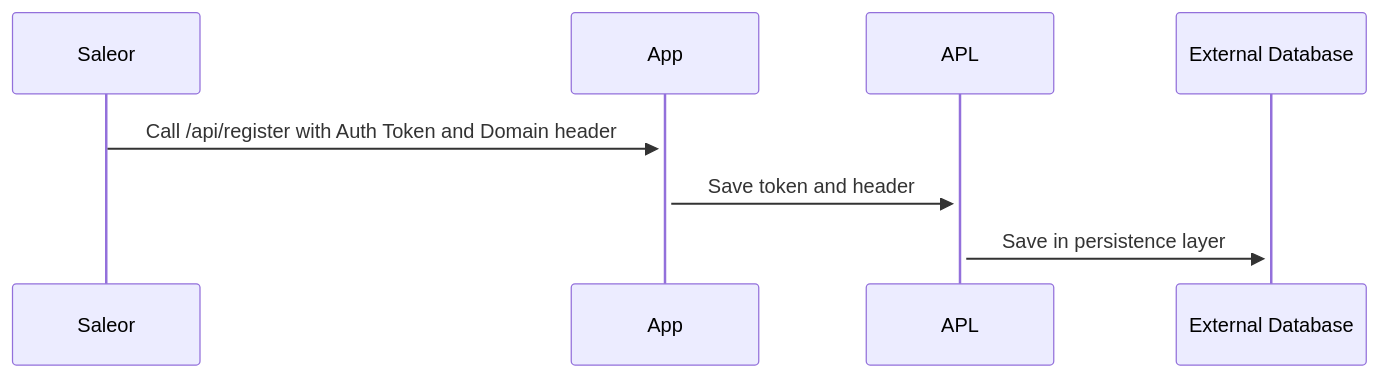
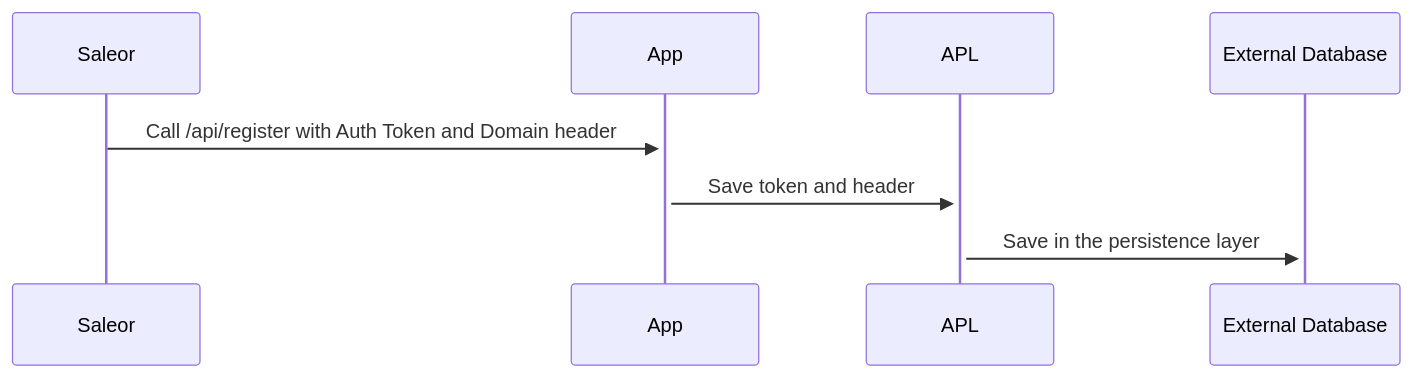
Before and after one commit to saleor/saleor-docs: the first of 2 diagrams in docs/developer/extending/apps/architecture/apl.mdx, drawn with Mermaid. The commit also changed other lines of this file, not shown here.

Commit message:
docs: :memo: proofreading apl.mdx

````diff
--- a/docs/developer/extending/apps/architecture/apl.mdx
+++ b/docs/developer/extending/apps/architecture/apl.mdx
@@ -21,6 +23,6 @@
 ```mermaid
 sequenceDiagram
 Saleor->>+App: Call /api/register with Auth Token and Domain header
 App->>+APL: Save token and header
-APL->>+External Database: Save in persistence layer
+APL->>+External Database: Save in the persistence layer
 ```
````
